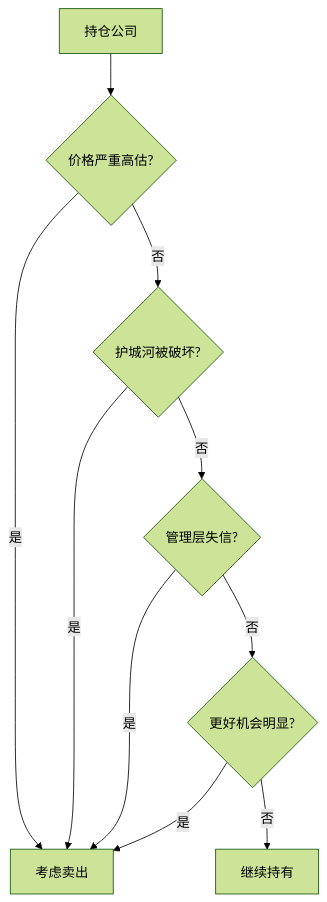
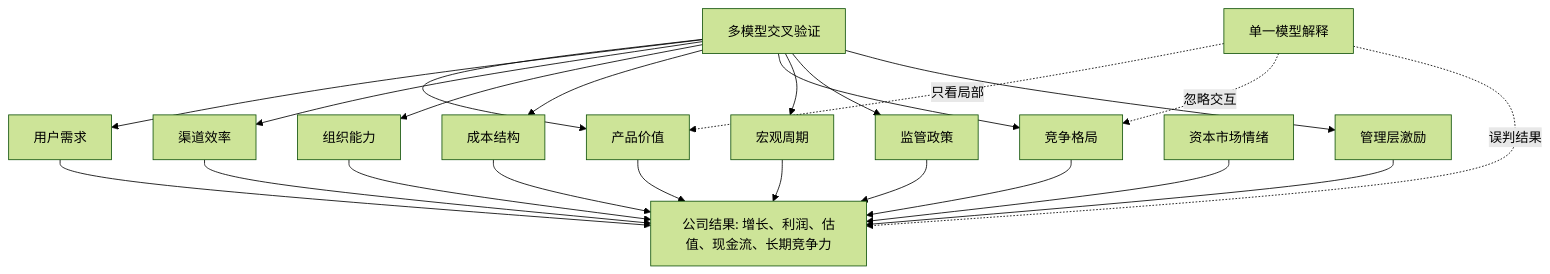
Before and after one commit to digoal/blog: the diagram in 202605/20260519_20.md, drawn with Mermaid (forest theme). The commit also changed other lines of this file and 51 other files, not shown here.

````diff
--- a/202605/20260519_20.md
+++ b/202605/20260519_20.md
@@ -22,12 +22,27 @@
 ```mermaid
 flowchart TD
-  A["持仓公司"] --> B{"价格严重高估?"}
-  B -- "是" --> S["考虑卖出"]
-  B -- "否" --> C{"护城河被破坏?"}
-  C -- "是" --> S
-  C -- "否" --> D{"管理层失信?"}
-  D -- "是" --> S
-  D -- "否" --> E{"更好机会明显?"}
-  E -- "是" --> S
-  E -- "否" --> H["继续持有"]
+  A["公司结果: 增长、利润、估值、现金流、长期竞争力"]
+  B["产品价值"] --> A
+  C["用户需求"] --> A
+  D["渠道效率"] --> A
+  E["组织能力"] --> A
+  F["成本结构"] --> A
+  G["竞争格局"] --> A
+  H["宏观周期"] --> A
+  I["监管政策"] --> A
+  J["资本市场情绪"] --> A
+  K["管理层激励"] --> A
+
+  L["单一模型解释"] -. "只看局部" .-> B
+  L -. "忽略交互" .-> G
+  L -. "误判结果" .-> A
+  M["多模型交叉验证"] --> B
+  M --> C
+  M --> D
+  M --> E
+  M --> F
+  M --> G
+  M --> H
+  M --> I
+  M --> K
 ```
````
